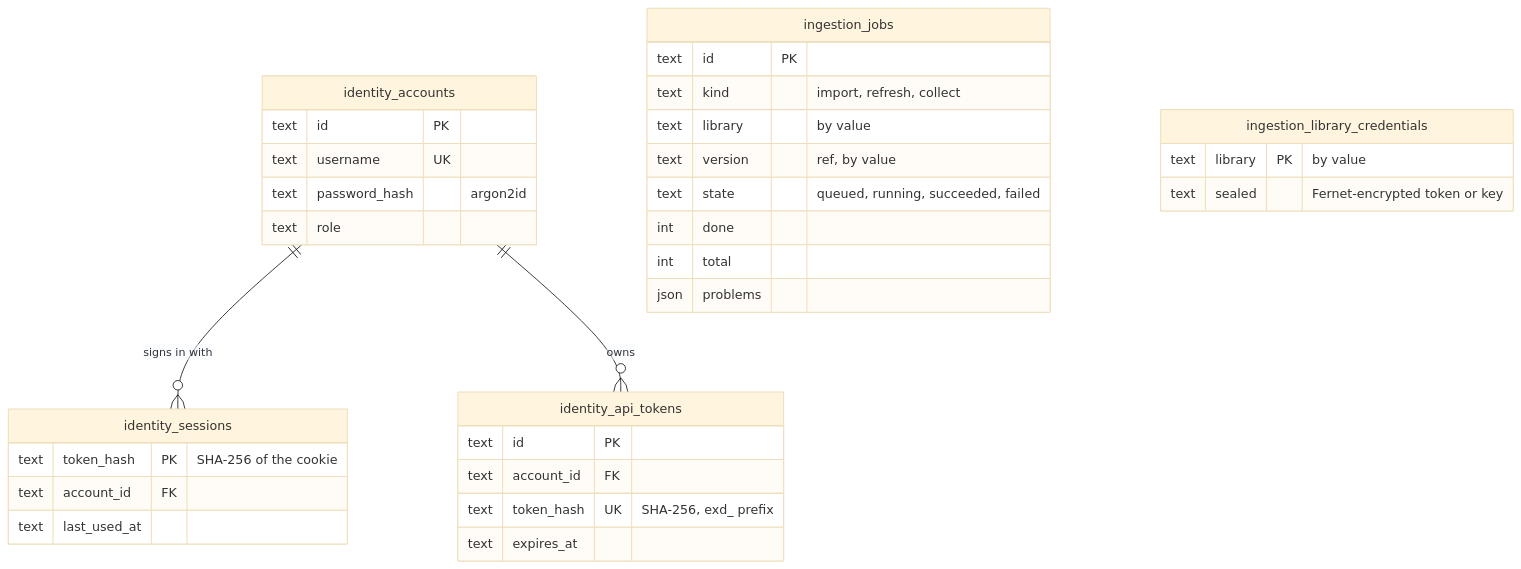
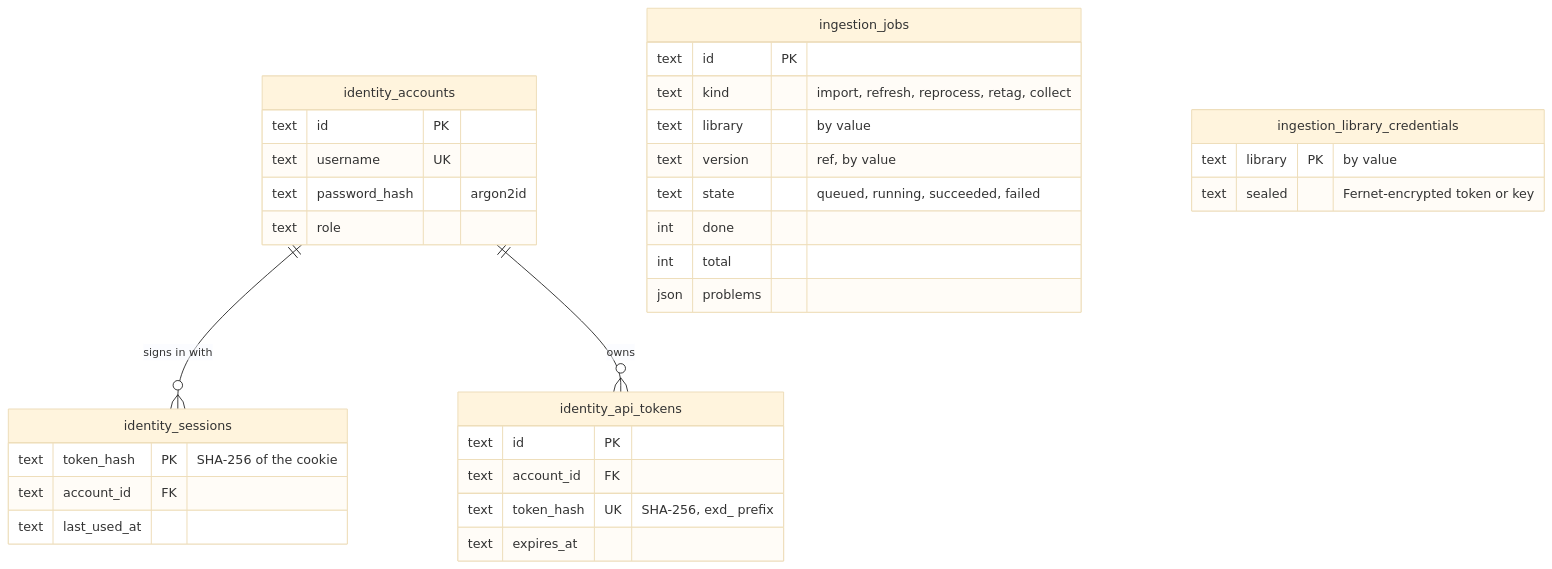
One commit to SirCypkowskyy/ExactDocs changed the third of 5 diagrams in docs/architecture.md. Above: the diagram before and after it, drawn with Mermaid (base theme). The commit also changed other lines of this file and 43 other files, not shown here.

````diff
--- a/docs/architecture.md
+++ b/docs/architecture.md
@@ -285,38 +285,38 @@
 ```mermaid
 erDiagram
     identity_accounts ||--o{ identity_sessions : "signs in with"
     identity_accounts ||--o{ identity_api_tokens : "owns"
 
     identity_accounts {
         text id PK
         text username UK
         text password_hash "argon2id"
         text role
     }
     identity_sessions {
         text token_hash PK "SHA-256 of the cookie"
         text account_id FK
         text last_used_at
     }
     identity_api_tokens {
         text id PK
         text account_id FK
         text token_hash UK "SHA-256, exd_ prefix"
         text expires_at
     }
 
     ingestion_jobs {
         text id PK
-        text kind "import, refresh, collect"
+        text kind "import, refresh, reprocess, retag, collect"
         text library "by value"
         text version "ref, by value"
         text state "queued, running, succeeded, failed"
         int done
         int total
         json problems
     }
     ingestion_library_credentials {
         text library PK "by value"
         text sealed "Fernet-encrypted token or key"
     }
 ```
````
